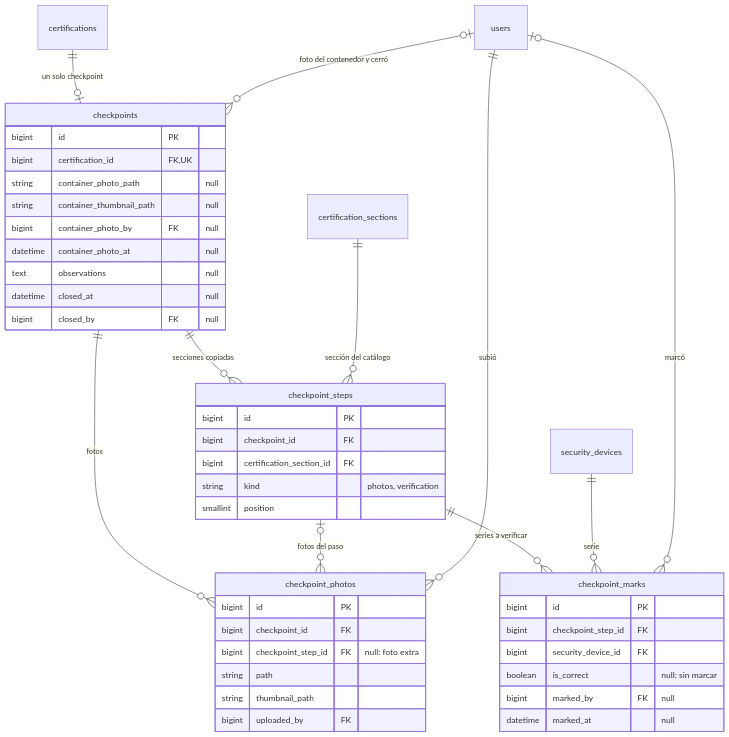
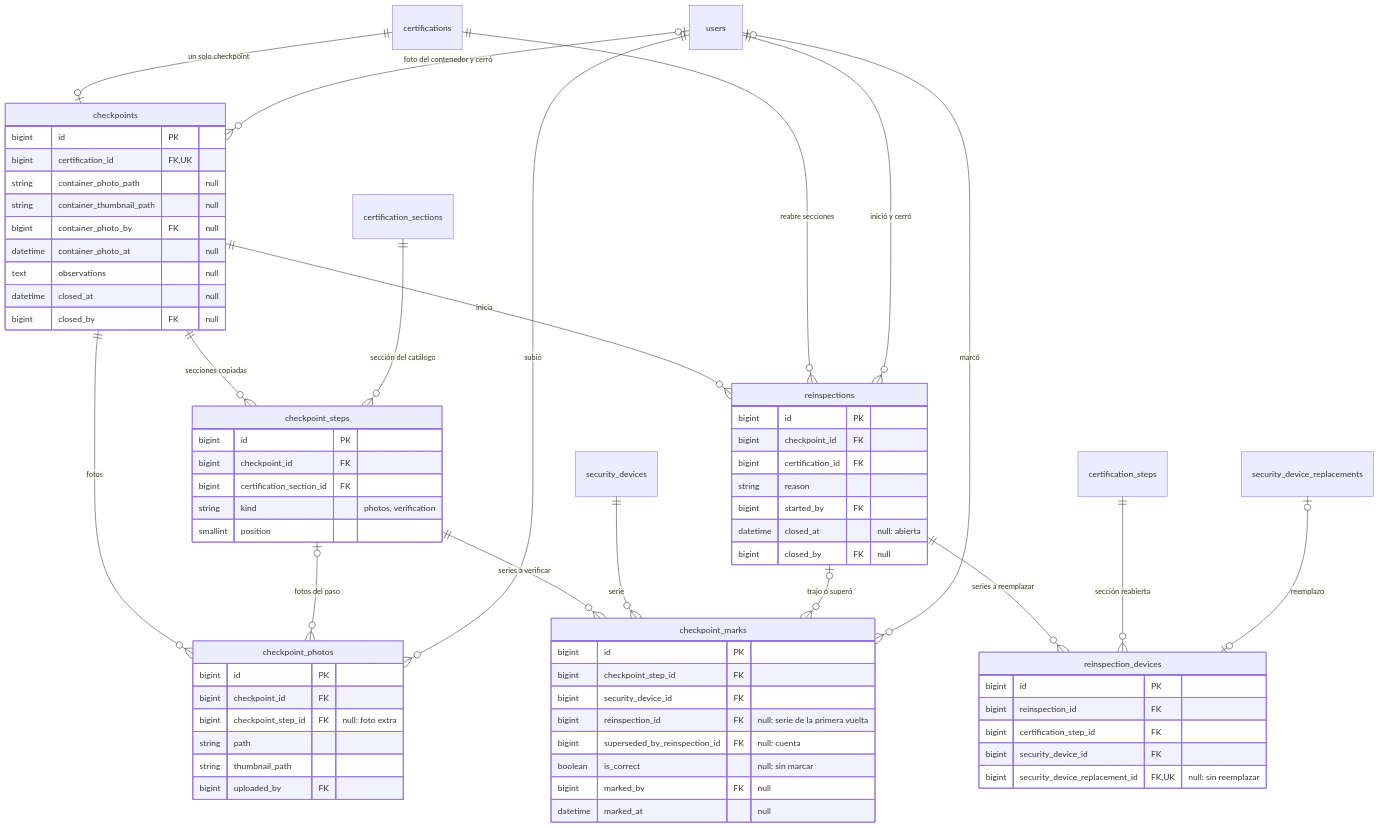
Before and after one commit to Cerati1998/SIGLA-TOS: diagram 13 of 13 in docs/database.md, drawn with Mermaid. The commit also changed other lines of this file and 1 other file, not shown here.

````diff
--- a/docs/database.md
+++ b/docs/database.md
@@ -571,48 +576,73 @@
 ```mermaid
 erDiagram
   certifications ||--o| checkpoints : "un solo checkpoint"
   checkpoints ||--o{ checkpoint_steps : "secciones copiadas"
   certification_sections ||--o{ checkpoint_steps : "sección del catálogo"
   checkpoints ||--o{ checkpoint_photos : "fotos"
   checkpoint_steps |o--o{ checkpoint_photos : "fotos del paso"
   checkpoint_steps ||--o{ checkpoint_marks : "series a verificar"
   security_devices ||--o{ checkpoint_marks : "serie"
+  checkpoints ||--o{ reinspections : "inicia"
+  certifications ||--o{ reinspections : "reabre secciones"
+  reinspections ||--o{ reinspection_devices : "series a reemplazar"
+  certification_steps ||--o{ reinspection_devices : "sección reabierta"
+  security_device_replacements |o--o| reinspection_devices : "reemplazo"
+  reinspections |o--o{ checkpoint_marks : "trajo o superó"
+  users ||--o{ reinspections : "inició y cerró"
   users |o--o{ checkpoints : "foto del contenedor y cerró"
   users ||--o{ checkpoint_photos : "subió"
   users |o--o{ checkpoint_marks : "marcó"
 
   checkpoints {
     bigint id PK
     bigint certification_id FK, UK
     string container_photo_path "null"
     string container_thumbnail_path "null"
     bigint container_photo_by FK "null"
     datetime container_photo_at "null"
     text observations "null"
     datetime closed_at "null"
     bigint closed_by FK "null"
   }
   checkpoint_steps {
     bigint id PK
     bigint checkpoint_id FK
     bigint certification_section_id FK
     string kind "photos, verification"
     smallint position
   }
   checkpoint_photos {
     bigint id PK
     bigint checkpoint_id FK
     bigint checkpoint_step_id FK "null: foto extra"
     string path
     string thumbnail_path
     bigint uploaded_by FK
   }
   checkpoint_marks {
     bigint id PK
     bigint checkpoint_step_id FK
     bigint security_device_id FK
+    bigint reinspection_id FK "null: serie de la primera vuelta"
+    bigint superseded_by_reinspection_id FK "null: cuenta"
     boolean is_correct "null: sin marcar"
     bigint marked_by FK "null"
     datetime marked_at "null"
   }
+  reinspections {
+    bigint id PK
+    bigint checkpoint_id FK
+    bigint certification_id FK
+    string reason
+    bigint started_by FK
+    datetime closed_at "null: abierta"
+    bigint closed_by FK "null"
+  }
+  reinspection_devices {
+    bigint id PK
+    bigint reinspection_id FK
+    bigint certification_step_id FK
+    bigint security_device_id FK
+    bigint security_device_replacement_id FK, UK "null: sin reemplazar"
+  }
 ```
````
